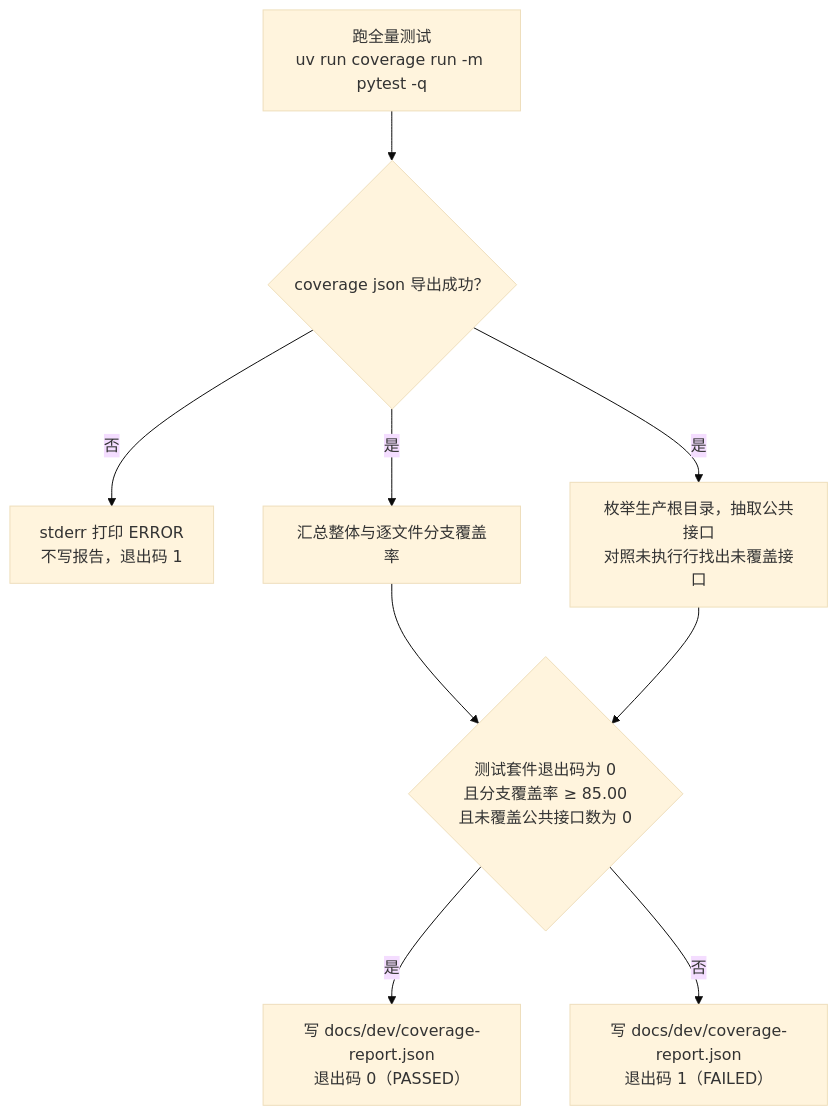
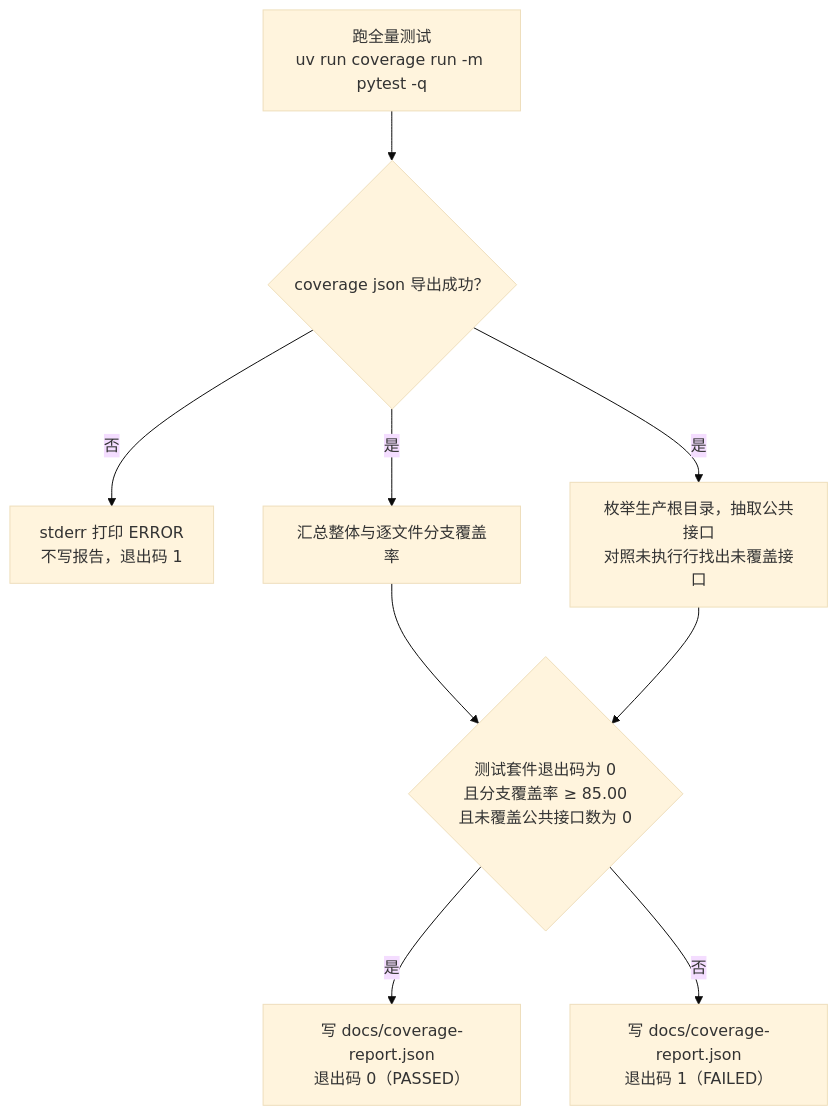
Before and after one commit to HoldThatThgt/WorldMock: the diagram in docs/dev/coverage-baseline.md, drawn with Mermaid (base theme). The commit also changed other lines of this file and 249 other files, not shown here.

````diff
--- a/docs/dev/coverage-baseline.md
+++ b/docs/dev/coverage-baseline.md
@@ -11,11 +11,11 @@
 ```mermaid
 flowchart TB
     A["跑全量测试<br/>uv run coverage run -m pytest -q"] --> B{"coverage json 导出成功？"}
     B -- "否" --> X["stderr 打印 ERROR<br/>不写报告，退出码 1"]
     B -- "是" --> C["汇总整体与逐文件分支覆盖率"]
     B -- "是" --> D["枚举生产根目录，抽取公共接口<br/>对照未执行行找出未覆盖接口"]
     C --> E{"测试套件退出码为 0<br/>且分支覆盖率 ≥ 85.00<br/>且未覆盖公共接口数为 0"}
     D --> E
-    E -- "是" --> P["写 docs/dev/coverage-report.json<br/>退出码 0（PASSED）"]
-    E -- "否" --> Q["写 docs/dev/coverage-report.json<br/>退出码 1（FAILED）"]
+    E -- "是" --> P["写 docs/coverage-report.json<br/>退出码 0（PASSED）"]
+    E -- "否" --> Q["写 docs/coverage-report.json<br/>退出码 1（FAILED）"]
 ```
````
